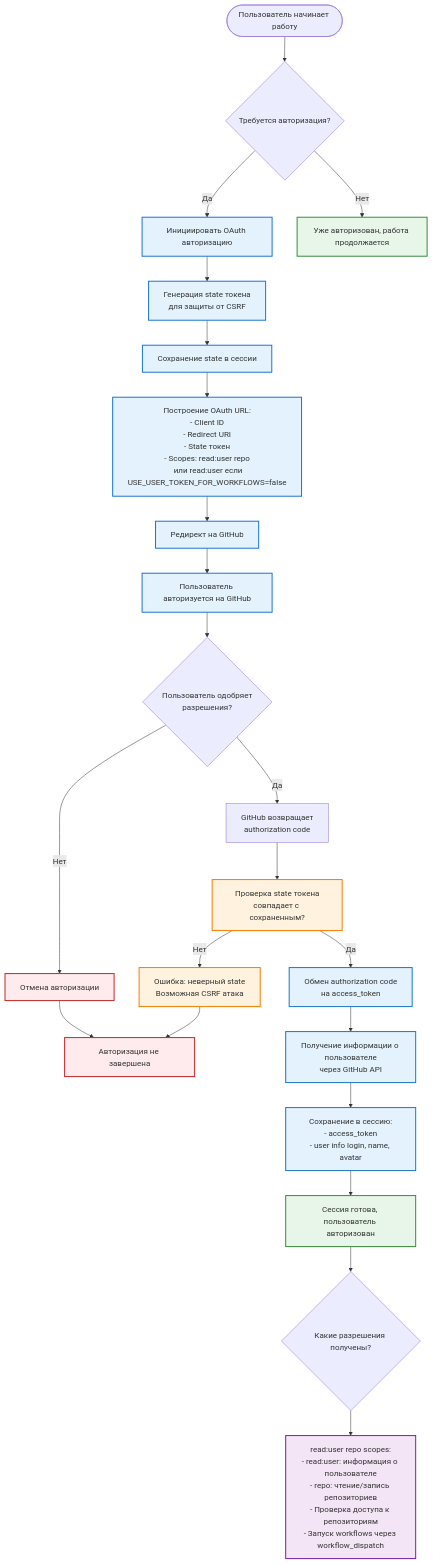
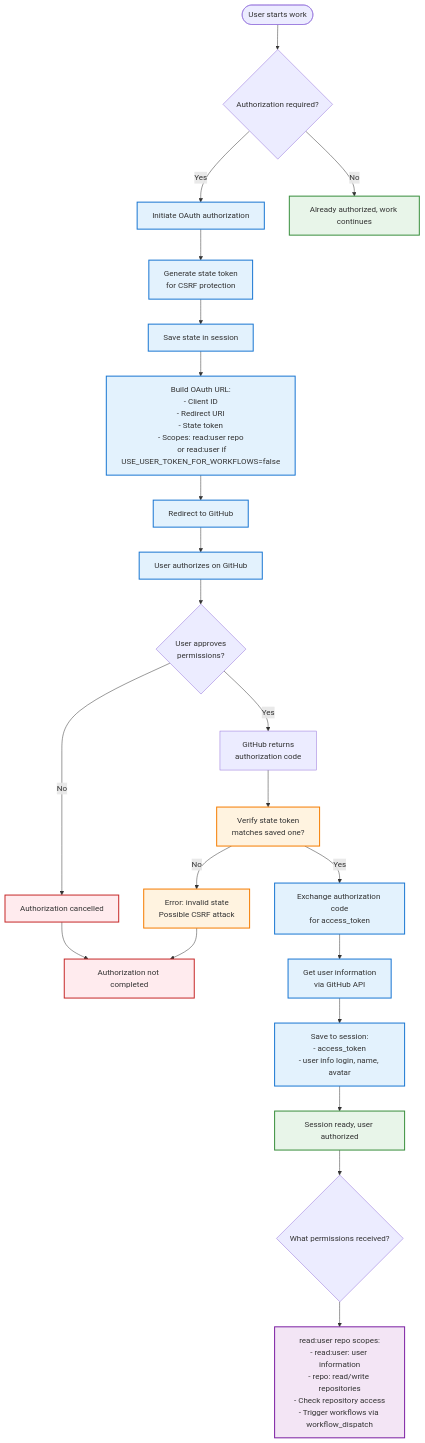
Before and after one commit to naspirato/github_action_executor: the fourth of 6 diagrams in README-EXTENDED.md, drawn with Mermaid. The commit also changed other lines of this file and 1 other file, not shown here.

First line of the commit message:
Update documentation for Quick Start and README-EXTENDED

````diff
--- a/README-EXTENDED.md
+++ b/README-EXTENDED.md
@@ -231,42 +231,42 @@
 ```mermaid
 flowchart TD
-    Start([Пользователь начинает работу]) --> NeedAuth{Требуется авторизация?}
-    NeedAuth -->|Да| InitOAuth[Инициировать OAuth авторизацию]
-    NeedAuth -->|Нет| AlreadyAuth[Уже авторизован, работа продолжается]
+    Start([User starts work]) --> NeedAuth{Authorization required?}
+    NeedAuth -->|Yes| InitOAuth[Initiate OAuth authorization]
+    NeedAuth -->|No| AlreadyAuth[Already authorized, work continues]
     
-    InitOAuth --> GenerateState[Генерация state токена<br/>для защиты от CSRF]
-    GenerateState --> SaveState[Сохранение state в сессии]
-    SaveState --> BuildOAuthURL[Построение OAuth URL:<br/>- Client ID<br/>- Redirect URI<br/>- State токен<br/>- Scopes: read:user repo<br/>  или read:user если USE_USER_TOKEN_FOR_WORKFLOWS=false]
-    BuildOAuthURL --> RedirectGitHub[Редирект на GitHub]
+    InitOAuth --> GenerateState[Generate state token<br/>for CSRF protection]
+    GenerateState --> SaveState[Save state in session]
+    SaveState --> BuildOAuthURL[Build OAuth URL:<br/>- Client ID<br/>- Redirect URI<br/>- State token<br/>- Scopes: read:user repo<br/>  or read:user if USE_USER_TOKEN_FOR_WORKFLOWS=false]
+    BuildOAuthURL --> RedirectGitHub[Redirect to GitHub]
     
-    RedirectGitHub --> GitHubLogin[Пользователь авторизуется на GitHub]
-    GitHubLogin --> UserApproves{Пользователь одобряет<br/>разрешения?}
-    UserApproves -->|Нет| CancelAuth[Отмена авторизации]
-    UserApproves -->|Да| GitHubCallback[GitHub возвращает<br/>authorization code]
+    RedirectGitHub --> GitHubLogin[User authorizes on GitHub]
+    GitHubLogin --> UserApproves{User approves<br/>permissions?}
+    UserApproves -->|No| CancelAuth[Authorization cancelled]
+    UserApproves -->|Yes| GitHubCallback[GitHub returns<br/>authorization code]
     
-    GitHubCallback --> VerifyState[Проверка state токена<br/>совпадает с сохраненным?]
-    VerifyState -->|Нет| ErrorCSRF[Ошибка: неверный state<br/>Возможная CSRF атака]
-    VerifyState -->|Да| ExchangeCode[Обмен authorization code<br/>на access_token]
+    GitHubCallback --> VerifyState[Verify state token<br/>matches saved one?]
+    VerifyState -->|No| ErrorCSRF[Error: invalid state<br/>Possible CSRF attack]
+    VerifyState -->|Yes| ExchangeCode[Exchange authorization code<br/>for access_token]
     
-    ExchangeCode --> GetUserInfo[Получение информации о пользователе<br/>через GitHub API]
-    GetUserInfo --> SaveSession["Сохранение в сессию:<br/>- access_token<br/>- user info login, name, avatar"]
-    SaveSession --> SessionReady[Сессия готова, пользователь авторизован]
+    ExchangeCode --> GetUserInfo[Get user information<br/>via GitHub API]
+    GetUserInfo --> SaveSession["Save to session:<br/>- access_token<br/>- user info login, name, avatar"]
+    SaveSession --> SessionReady[Session ready, user authorized]
     
-    SessionReady --> CheckScopes{Какие разрешения получены?}
-    CheckScopes --> ScopesRepo["read:user repo scopes:<br/>- read:user: информация о пользователе<br/>- repo: чтение/запись репозиториев<br/>- Проверка доступа к репозиториям<br/>- Запуск workflows через workflow_dispatch"]
+    SessionReady --> CheckScopes{What permissions received?}
+    CheckScopes --> ScopesRepo["read:user repo scopes:<br/>- read:user: user information<br/>- repo: read/write repositories<br/>- Check repository access<br/>- Trigger workflows via workflow_dispatch"]
     
-    CancelAuth --> AuthFailed[Авторизация не завершена]
+    CancelAuth --> AuthFailed[Authorization not completed]
     ErrorCSRF --> AuthFailed
     
     classDef authFlow fill:#e3f2fd,stroke:#1976d2,stroke-width:2px
     classDef security fill:#fff3e0,stroke:#f57c00,stroke-width:2px
     classDef success fill:#e8f5e9,stroke:#388e3c,stroke-width:2px
     classDef error fill:#ffebee,stroke:#c62828,stroke-width:2px
     classDef scopes fill:#f3e5f5,stroke:#7b1fa2,stroke-width:2px
     
     class InitOAuth,GenerateState,SaveState,BuildOAuthURL,RedirectGitHub,GitHubLogin,ExchangeCode,GetUserInfo,SaveSession authFlow
     class VerifyState,ErrorCSRF security
     class SessionReady,AlreadyAuth success
     class CancelAuth,AuthFailed error
     class ScopesRepo scopes
 ```
````
